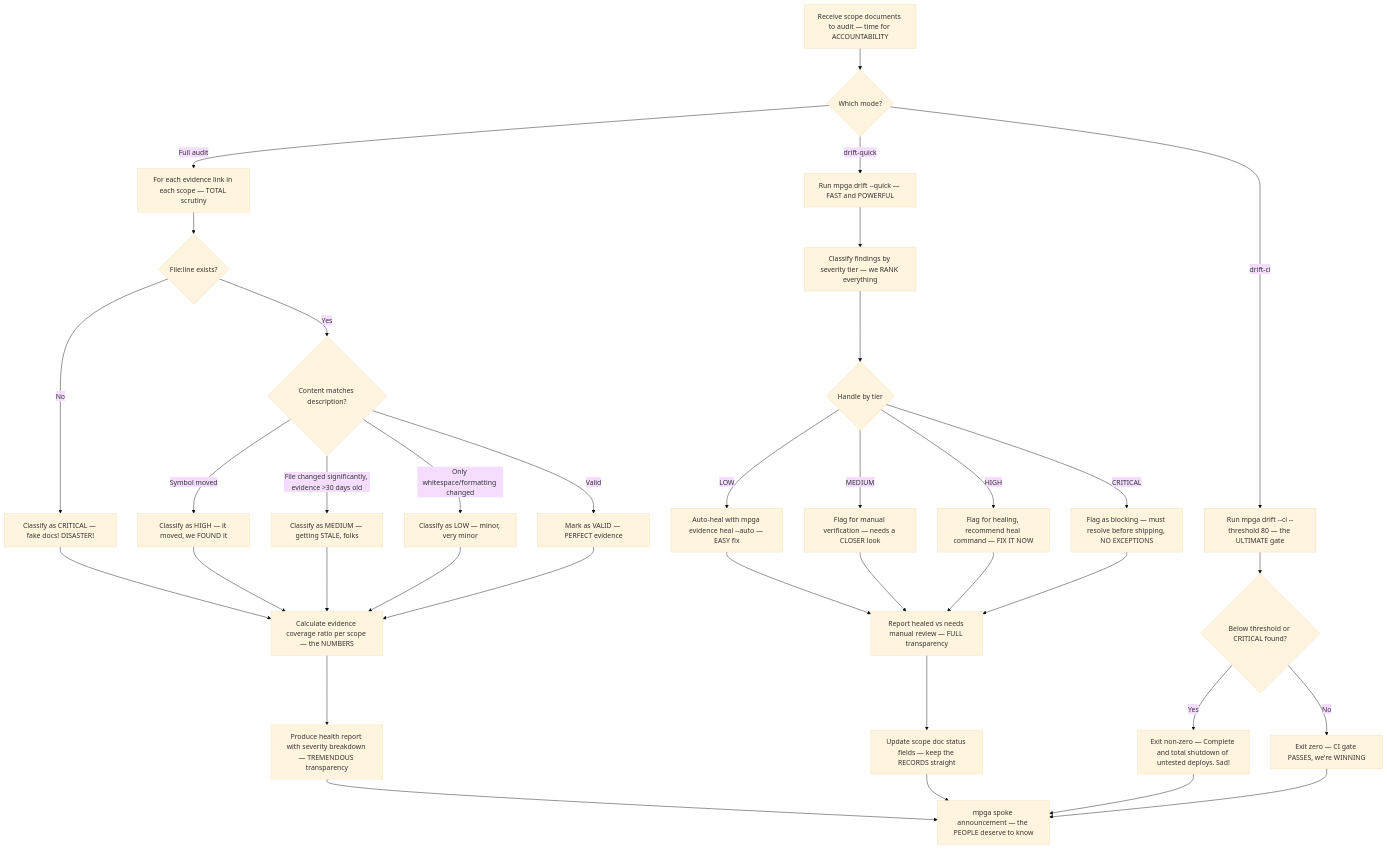
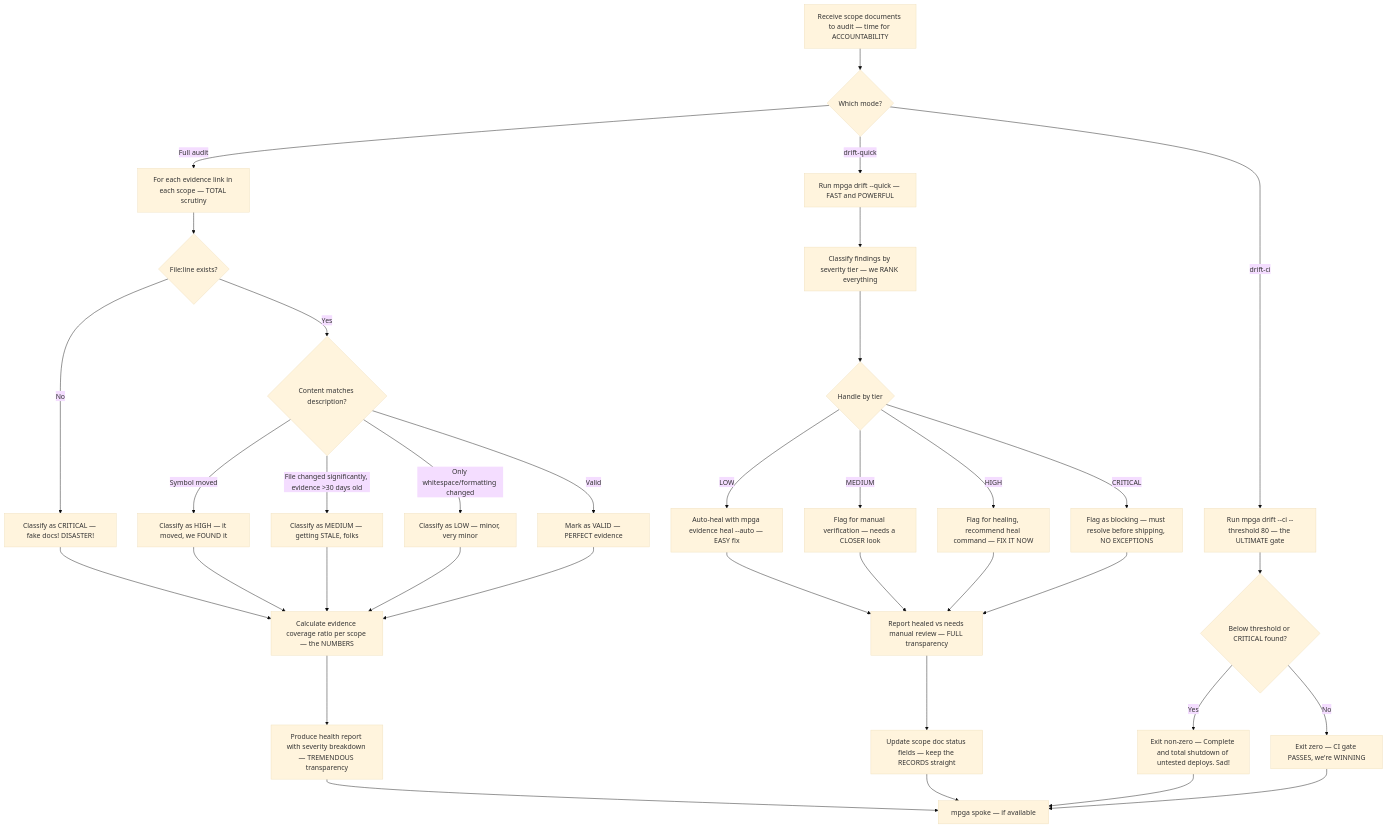
The diagram in docs/diagrams/agents/auditor.md (benrben/MPGA), drawn with Mermaid (base theme) before and after one commit. The commit also changed 73 other files, not shown here.

First line of the commit message:
refactor: standardize mpga spoke references across agents and skills

````diff
--- a/docs/diagrams/agents/auditor.md
+++ b/docs/diagrams/agents/auditor.md
@@ -5,38 +5,38 @@
 ```mermaid
 flowchart TD
     A[Receive scope documents to audit — time for ACCOUNTABILITY] --> B{Which mode?}
     B -->|Full audit| C[For each evidence link in each scope — TOTAL scrutiny]
     B -->|drift-quick| D[Run mpga drift --quick — FAST and POWERFUL]
     B -->|drift-ci| E[Run mpga drift --ci --threshold 80 — the ULTIMATE gate]
     C --> F{File:line exists?}
     F -->|No| G["Classify as CRITICAL — fake docs! DISASTER!"]
     F -->|Yes| H{Content matches description?}
     H -->|Symbol moved| I["Classify as HIGH — it moved, we FOUND it"]
     H -->|File changed significantly, evidence >30 days old| J["Classify as MEDIUM — getting STALE, folks"]
     H -->|Only whitespace/formatting changed| K["Classify as LOW — minor, very minor"]
     H -->|Valid| L["Mark as VALID — PERFECT evidence"]
     G --> M[Calculate evidence coverage ratio per scope — the NUMBERS]
     I --> M
     J --> M
     K --> M
     L --> M
     M --> N[Produce health report with severity breakdown — TREMENDOUS transparency]
     D --> O[Classify findings by severity tier — we RANK everything]
     O --> P{Handle by tier}
     P -->|LOW| Q[Auto-heal with mpga evidence heal --auto — EASY fix]
     P -->|MEDIUM| R[Flag for manual verification — needs a CLOSER look]
     P -->|HIGH| S[Flag for healing, recommend heal command — FIX IT NOW]
     P -->|CRITICAL| T[Flag as blocking — must resolve before shipping, NO EXCEPTIONS]
     Q --> U[Report healed vs needs manual review — FULL transparency]
     R --> U
     S --> U
     T --> U
     U --> V[Update scope doc status fields — keep the RECORDS straight]
     E --> W{Below threshold or CRITICAL found?}
     W -->|Yes| X[Exit non-zero — Complete and total shutdown of untested deploys. Sad!]
     W -->|No| Y[Exit zero — CI gate PASSES, we're WINNING]
-    N --> Z[mpga spoke announcement — the PEOPLE deserve to know]
+    N --> Z[mpga spoke — if available]
     V --> Z
     X --> Z
     Y --> Z
 ```
````
